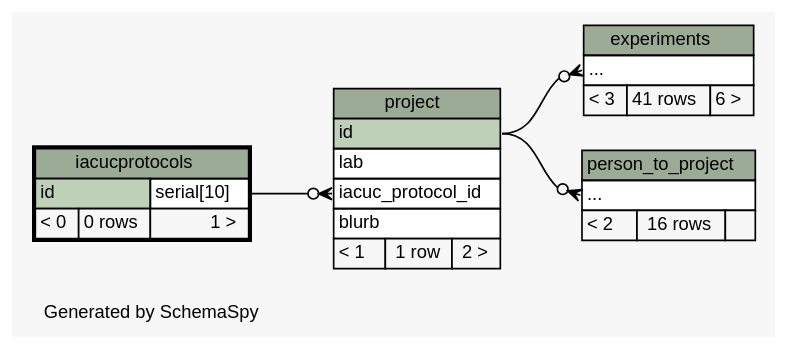
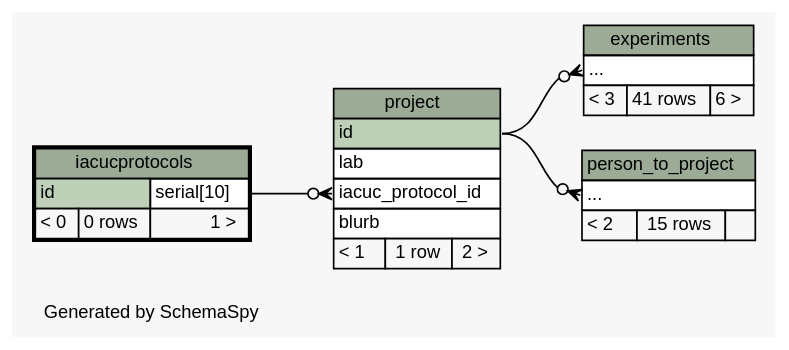
One commit to tgbugs/mlab changed the diagram in database/ss/diagrams/iacucprotocols.2degrees.dot. Above: the diagram before and after it, drawn with Graphviz. The commit also changed 257 other files, not shown here.

Commit message:
updated schemaspy postgres also working on laptop

```diff
--- a/database/ss/diagrams/iacucprotocols.2degrees.dot
+++ b/database/ss/diagrams/iacucprotocols.2degrees.dot
@@ -1,68 +1,68 @@
-// dot 2.32.0 on Windows 7 6.1
+// dot 2.34.0 on Windows 7 6.1
 // SchemaSpy rev 590
 digraph "twoDegreesRelationshipsDiagram" {
   graph [
     rankdir="RL"
     bgcolor="#f7f7f7"
     label="\nGenerated by SchemaSpy"
     labeljust="l"
     nodesep="0.18"
     ranksep="0.46"
     fontname="Helvetica"
     fontsize="11"
   ];
   node [
     fontname="Helvetica"
     fontsize="11"
     shape="plaintext"
   ];
   edge [
     arrowsize="0.8"
   ];
   "experiments":"elipses":w -> "project":"id":e [arrowhead=none dir=back arrowtail=crowodot];
   "person_to_project":"elipses":w -> "project":"id":e [arrowhead=none dir=back arrowtail=crowodot];
   "project":"iacuc_protocol_id":w -> "iacucprotocols":"id.type":e [arrowhead=none dir=back arrowtail=crowodot];
   "experiments" [
     label=<
     <TABLE BORDER="0" CELLBORDER="1" CELLSPACING="0" BGCOLOR="#ffffff">
       <TR><TD COLSPAN="3" BGCOLOR="#9bab96" ALIGN="CENTER">experiments</TD></TR>
       <TR><TD PORT="elipses" COLSPAN="3" ALIGN="LEFT">...</TD></TR>
       <TR><TD ALIGN="LEFT" BGCOLOR="#f7f7f7">&lt; 3</TD><TD ALIGN="RIGHT" BGCOLOR="#f7f7f7">41 rows</TD><TD ALIGN="RIGHT" BGCOLOR="#f7f7f7">6 &gt;</TD></TR>
     </TABLE>>
     URL="experiments.html"
     tooltip="experiments"
   ];
   "iacucprotocols" [
     label=<
     <TABLE BORDER="2" CELLBORDER="1" CELLSPACING="0" BGCOLOR="#ffffff">
       <TR><TD COLSPAN="3" BGCOLOR="#9bab96" ALIGN="CENTER">iacucprotocols</TD></TR>
       <TR><TD PORT="id" COLSPAN="2" BGCOLOR="#bed1b8" ALIGN="LEFT">id</TD><TD PORT="id.type" ALIGN="LEFT">serial[10]</TD></TR>
       <TR><TD ALIGN="LEFT" BGCOLOR="#f7f7f7">&lt; 0</TD><TD ALIGN="RIGHT" BGCOLOR="#f7f7f7">0 rows</TD><TD ALIGN="RIGHT" BGCOLOR="#f7f7f7">1 &gt;</TD></TR>
     </TABLE>>
     URL="iacucprotocols.html"
     tooltip="iacucprotocols"
   ];
   "person_to_project" [
     label=<
     <TABLE BORDER="0" CELLBORDER="1" CELLSPACING="0" BGCOLOR="#ffffff">
       <TR><TD COLSPAN="3" BGCOLOR="#9bab96" ALIGN="CENTER">person_to_project</TD></TR>
       <TR><TD PORT="elipses" COLSPAN="3" ALIGN="LEFT">...</TD></TR>
-      <TR><TD ALIGN="LEFT" BGCOLOR="#f7f7f7">&lt; 2</TD><TD ALIGN="RIGHT" BGCOLOR="#f7f7f7">16 rows</TD><TD ALIGN="RIGHT" BGCOLOR="#f7f7f7">  </TD></TR>
+      <TR><TD ALIGN="LEFT" BGCOLOR="#f7f7f7">&lt; 2</TD><TD ALIGN="RIGHT" BGCOLOR="#f7f7f7">15 rows</TD><TD ALIGN="RIGHT" BGCOLOR="#f7f7f7">  </TD></TR>
     </TABLE>>
     URL="person_to_project.html"
     tooltip="person_to_project"
   ];
   "project" [
     label=<
     <TABLE BORDER="0" CELLBORDER="1" CELLSPACING="0" BGCOLOR="#ffffff">
       <TR><TD COLSPAN="3" BGCOLOR="#9bab96" ALIGN="CENTER">project</TD></TR>
       <TR><TD PORT="id" COLSPAN="3" BGCOLOR="#bed1b8" ALIGN="LEFT">id</TD></TR>
       <TR><TD PORT="lab" COLSPAN="3" ALIGN="LEFT">lab</TD></TR>
       <TR><TD PORT="iacuc_protocol_id" COLSPAN="3" ALIGN="LEFT">iacuc_protocol_id</TD></TR>
       <TR><TD PORT="blurb" COLSPAN="3" ALIGN="LEFT">blurb</TD></TR>
       <TR><TD ALIGN="LEFT" BGCOLOR="#f7f7f7">&lt; 1</TD><TD ALIGN="RIGHT" BGCOLOR="#f7f7f7">1 row</TD><TD ALIGN="RIGHT" BGCOLOR="#f7f7f7">2 &gt;</TD></TR>
     </TABLE>>
     URL="project.html"
     tooltip="project"
   ];
 }
```
